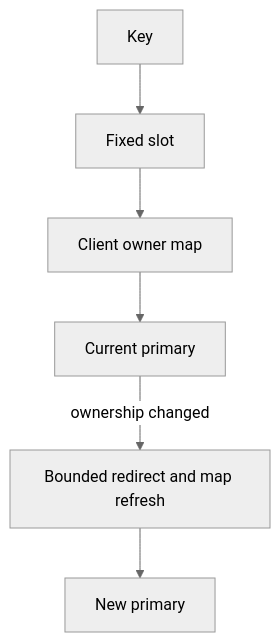
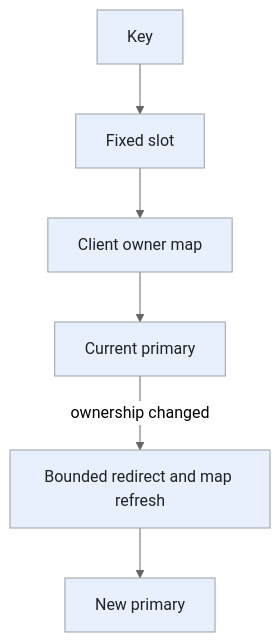
One commit to iliazlobin/iliazlobin.github.io changed the third of 3 diagrams in _designs/system-design-distributed-cache.md. Above: the diagram before and after it, drawn with Mermaid (neutral theme). The commit also changed other lines of this file and 20 other files, not shown here.

Commit message:
Improve design flows, tradeoffs, and technology references

````diff
--- a/_designs/system-design-distributed-cache.md
+++ b/_designs/system-design-distributed-cache.md
@@ -167,8 +203,12 @@
 ```mermaid
 flowchart TB
     K["Key"] --> H["Fixed slot"]
     H --> M["Client owner map"]
     M --> P["Current primary"]
     P -->|ownership changed| R["Bounded redirect and map refresh"]
     R --> N["New primary"]
+  classDef request fill:#e8f0fe,stroke:#9aa0a6,color:#202124,stroke-width:1px
+  classDef background fill:#e6f4ea,stroke:#9aa0a6,color:#202124,stroke-width:1px
+  classDef control fill:#fef7e0,stroke:#9aa0a6,color:#202124,stroke-width:1px
+  class K,H,M,P,R,N request
 ```
````
